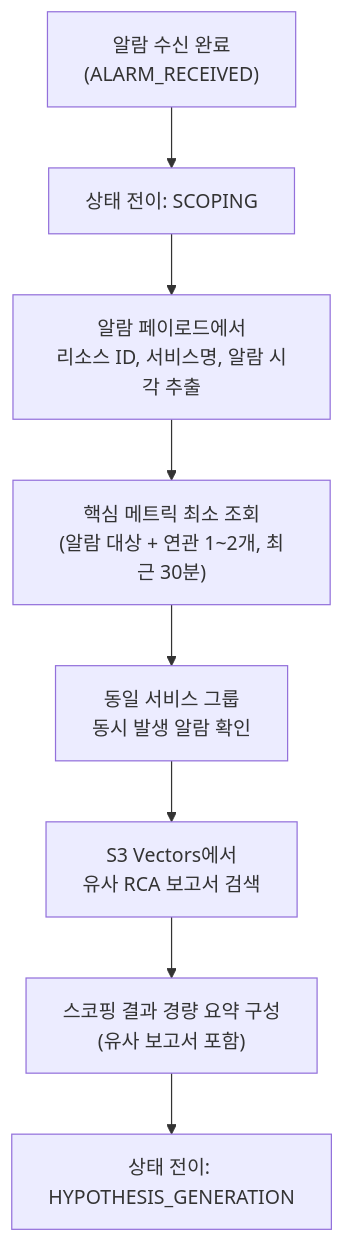
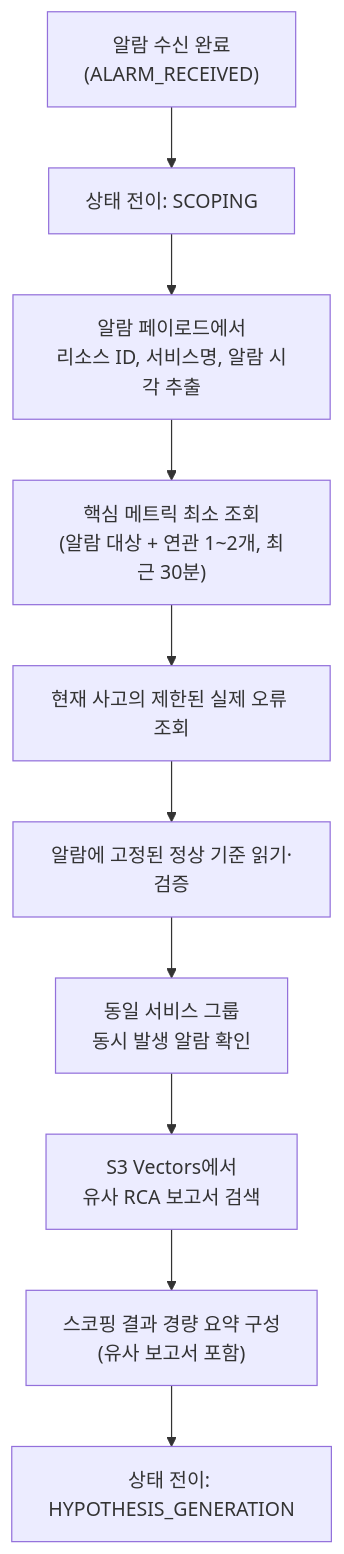
One commit to haandol/rca-agent changed the diagram in docs/adr/agent/0001-initial-scoping-and-report-similarity.md. Above: the diagram before and after it, drawn with Mermaid. The commit also changed other lines of this file and 238 other files, not shown here.

````diff
--- a/docs/adr/agent/0001-initial-scoping-and-report-similarity.md
+++ b/docs/adr/agent/0001-initial-scoping-and-report-similarity.md
@@ -27,10 +28,12 @@
 ```mermaid
 flowchart TD
     Start["알람 수신 완료<br/>(ALARM_RECEIVED)"] --> UpdateState["상태 전이: SCOPING"]
     UpdateState --> ExtractContext["알람 페이로드에서<br/>리소스 ID, 서비스명, 알람 시각 추출"]
     ExtractContext --> QueryMetrics["핵심 메트릭 최소 조회<br/>(알람 대상 + 연관 1~2개, 최근 30분)"]
-    QueryMetrics --> CheckBlast["동일 서비스 그룹<br/>동시 발생 알람 확인"]
+    QueryMetrics --> InitialErrors["현재 사고의 제한된 실제 오류 조회"]
+    InitialErrors --> Baseline["알람에 고정된 정상 기준 읽기·검증"]
+    Baseline --> CheckBlast["동일 서비스 그룹<br/>동시 발생 알람 확인"]
     CheckBlast --> SearchReports["S3 Vectors에서<br/>유사 RCA 보고서 검색"]
     SearchReports --> Summarize["스코핑 결과 경량 요약 구성<br/>(유사 보고서 포함)"]
     Summarize --> NextState["상태 전이: HYPOTHESIS_GENERATION"]
 ```
````
